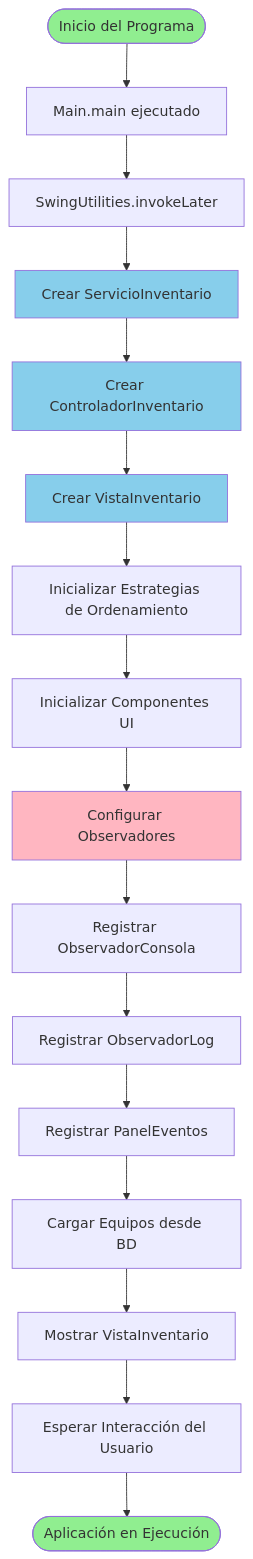
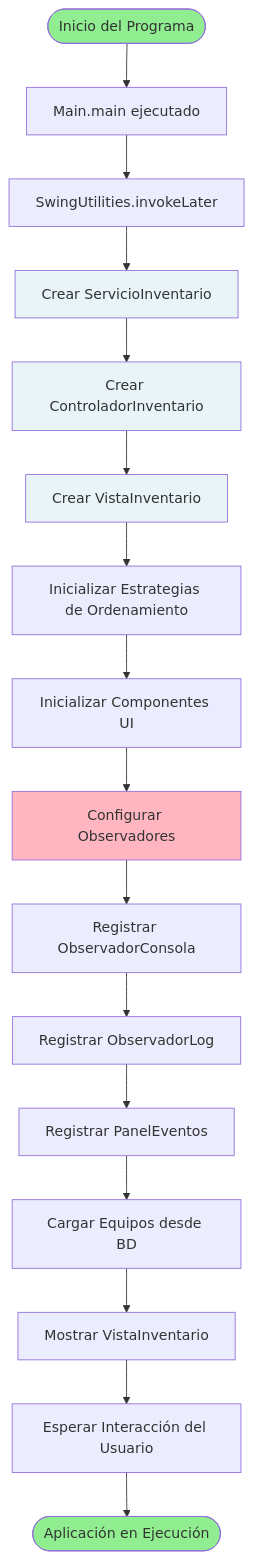
Before and after one commit to EduardoMorales-05/LP3-G04-SG03: the first of 6 diagrams in Dfd.md, drawn with Mermaid. The commit also changed other lines of this file, not shown here.

````diff
--- a/Dfd.md
+++ b/Dfd.md
@@ -7,25 +7,25 @@
 ```mermaid
 flowchart TD
     Start([Inicio del Programa]) --> Main[Main.main ejecutado]
     Main --> SwingThread[SwingUtilities.invokeLater]
     SwingThread --> CrearServicio[Crear ServicioInventario]
     CrearServicio --> CrearControlador[Crear ControladorInventario]
     CrearControlador --> CrearVista[Crear VistaInventario]
     CrearVista --> InicializarEstrategias[Inicializar Estrategias de Ordenamiento]
     InicializarEstrategias --> InicializarComponentes[Inicializar Componentes UI]
     InicializarComponentes --> ConfigurarObservadores[Configurar Observadores]
     ConfigurarObservadores --> RegistrarConsola[Registrar ObservadorConsola]
     RegistrarConsola --> RegistrarLog[Registrar ObservadorLog]
     RegistrarLog --> RegistrarPanel[Registrar PanelEventos]
     RegistrarPanel --> CargarEquipos[Cargar Equipos desde BD]
     CargarEquipos --> MostrarVista[Mostrar VistaInventario]
     MostrarVista --> EsperarUsuario[Esperar Interacción del Usuario]
     EsperarUsuario --> End([Aplicación en Ejecución])
     
     style Start fill:#90EE90
     style End fill:#90EE90
-    style CrearServicio fill:#87CEEB
-    style CrearControlador fill:#87CEEB
-    style CrearVista fill:#87CEEB
+    style CrearServicio fill:#E8F4F8
+    style CrearControlador fill:#E8F4F8
+    style CrearVista fill:#E8F4F8
     style ConfigurarObservadores fill:#FFB6C1
 ```
````
